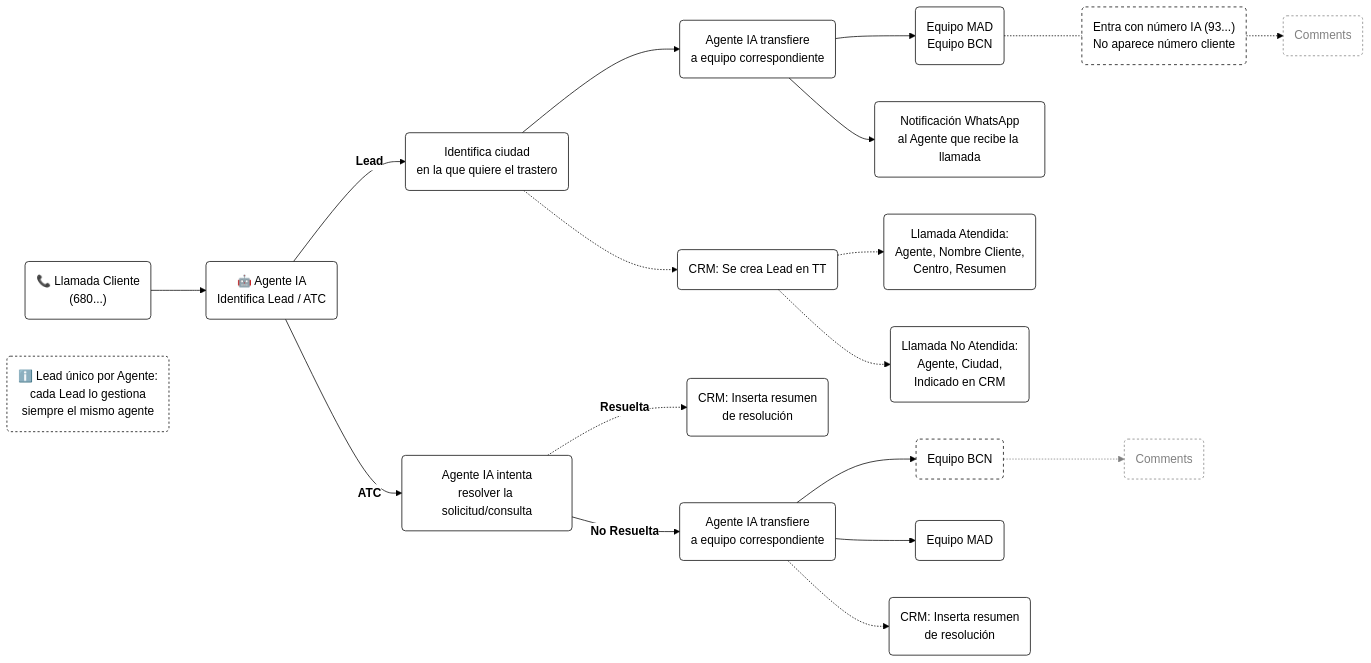
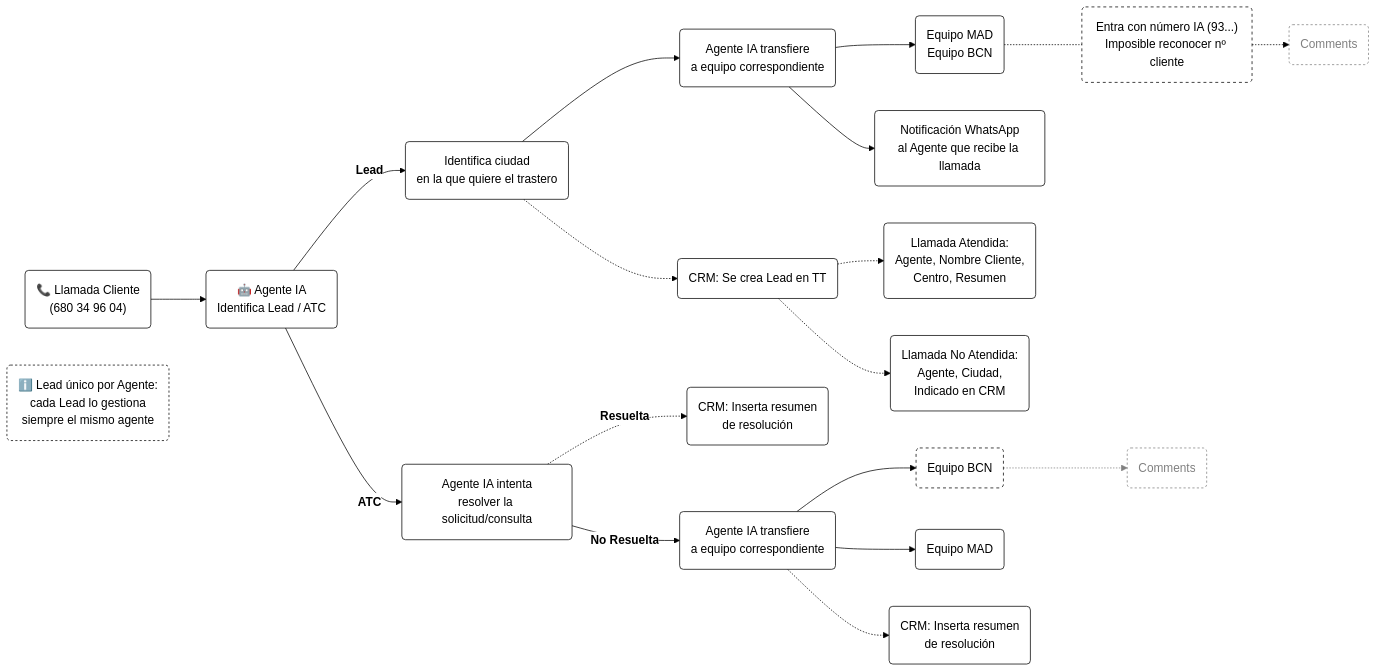
Before and after one commit to Fblanchete/Agente-IA: the diagram in flujo_en_horario (1).md, drawn with Mermaid.

Commit message:
Update flujo_en_horario (1).md

````diff
--- a/flujo_en_horario (1).md
+++ b/flujo_en_horario (1).md
@@ -3,38 +3,38 @@
 ```mermaid
 %%{init: {'theme': 'base', 'themeVariables': { 'fontFamily': 'Arial', 'background': '#FFFFFF', 'primaryColor': '#FFFFFF', 'primaryBorderColor': '#000000', 'primaryTextColor': '#000000', 'lineColor': '#000000', 'secondaryColor': '#FFFFFF', 'tertiaryColor': '#FFFFFF'}}}%%
 flowchart LR
-    A1("📞 Llamada Cliente<br/>(680...)") --> A2("🤖 Agente IA<br/>Identifica Lead / ATC")
+    A1("📞 Llamada Cliente<br/>(680 34 96 04)") --> A2("🤖 Agente IA<br/>Identifica Lead / ATC")
 
     A2 -->|"`**Lead**`"| L1("Identifica ciudad<br/>en la que quiere el trastero")
     L1 --> L2("Agente IA transfiere<br/>a equipo correspondiente")
     L1 -.-> CRM1("CRM: Se crea Lead en TT")
-    L4 -.- L3("Entra con número IA (93...)<br/>No aparece número cliente")
+    L4 -.- L3("Entra con número IA (93...)<br/>Imposible reconocer nº cliente")
     L2 --> L4("Equipo MAD<br/>Equipo BCN")
     L2 --> L5("Notificación WhatsApp<br/>al Agente que recibe la llamada")
     CRM1 -.-> LA("Llamada Atendida:<br/>Agente, Nombre Cliente,<br/>Centro, Resumen")
     CRM1 -.-> LNA("Llamada No Atendida:<br/>Agente, Ciudad,<br/>Indicado en CRM")
 
     A2 -->|"`**ATC**`"| T1("Agente IA intenta<br/>resolver la solicitud/consulta")
     T1 -.->|"`**Resuelta**`"| CRM2("CRM: Inserta resumen<br/>de resolución")
     T1 -->|"`**No Resuelta**`"| T2("Agente IA transfiere<br/>a equipo correspondiente")
     T2 --> T3("Equipo BCN")
     T2 --> T4("Equipo MAD")
     T2 -.-> CRM3("CRM: Inserta resumen<br/>de resolución")
   
 
     N0("ℹ️ Lead único por Agente:<br/>cada Lead lo gestiona<br/>siempre el mismo agente")
 
     L3 -.-> L3C("Comments")
     T3 -.-> T3C("Comments")
 
     classDef todos fill:#FFFFFF,stroke:#000000,color:#000000
     classDef nota fill:#FFFFFF,stroke:#000000,color:#000000,stroke-dasharray: 3 3
     classDef bcn fill:#FFFFFF,stroke:#000000,color:#000000,stroke-dasharray: 4 4
     classDef comment fill:#FFFFFF,stroke:#808080,color:#808080,stroke-dasharray: 3 3
     class A1,A2,L1,L2,L4,L5,LA,LNA,CRM1,CRM2,CRM3,T1,T2,T4 todos
     class N0 nota
     class L3,T3 bcn
     class L3C,T3C comment
     linkStyle 16 stroke:#808080,stroke-width:1px
 
 ```
````
